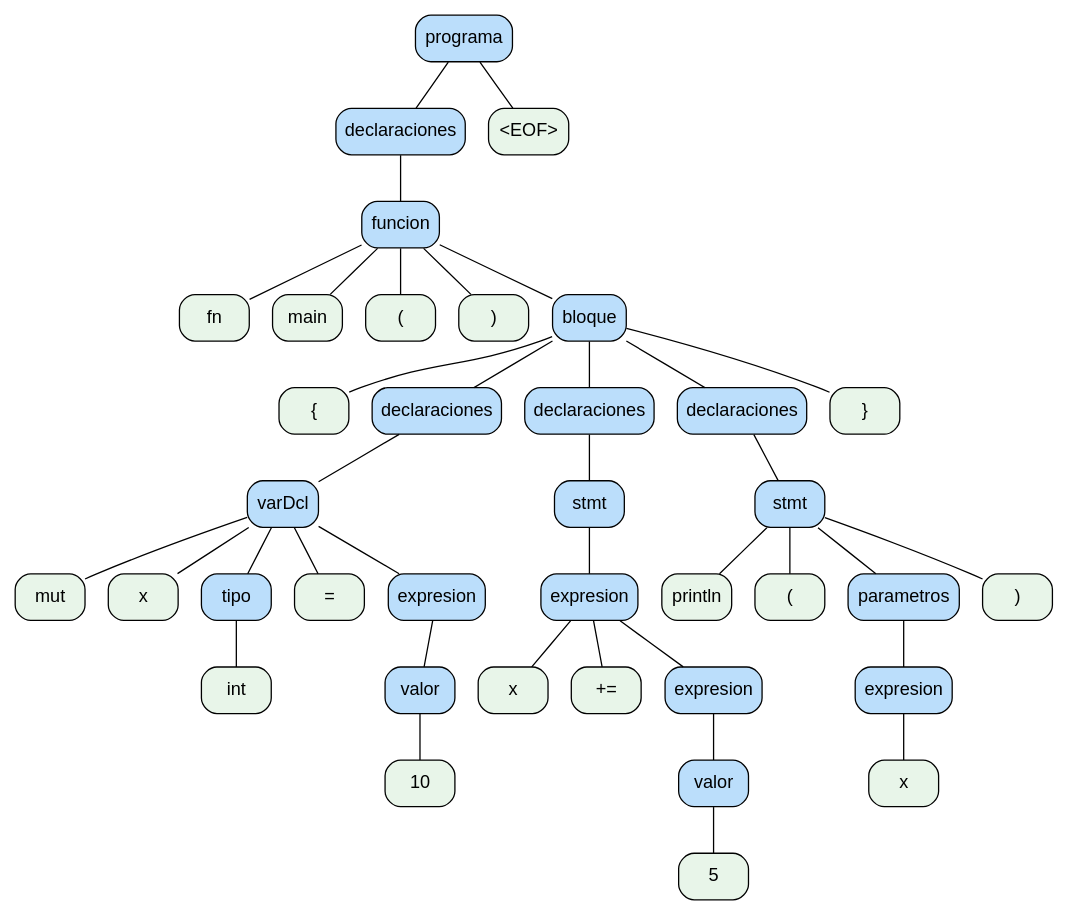
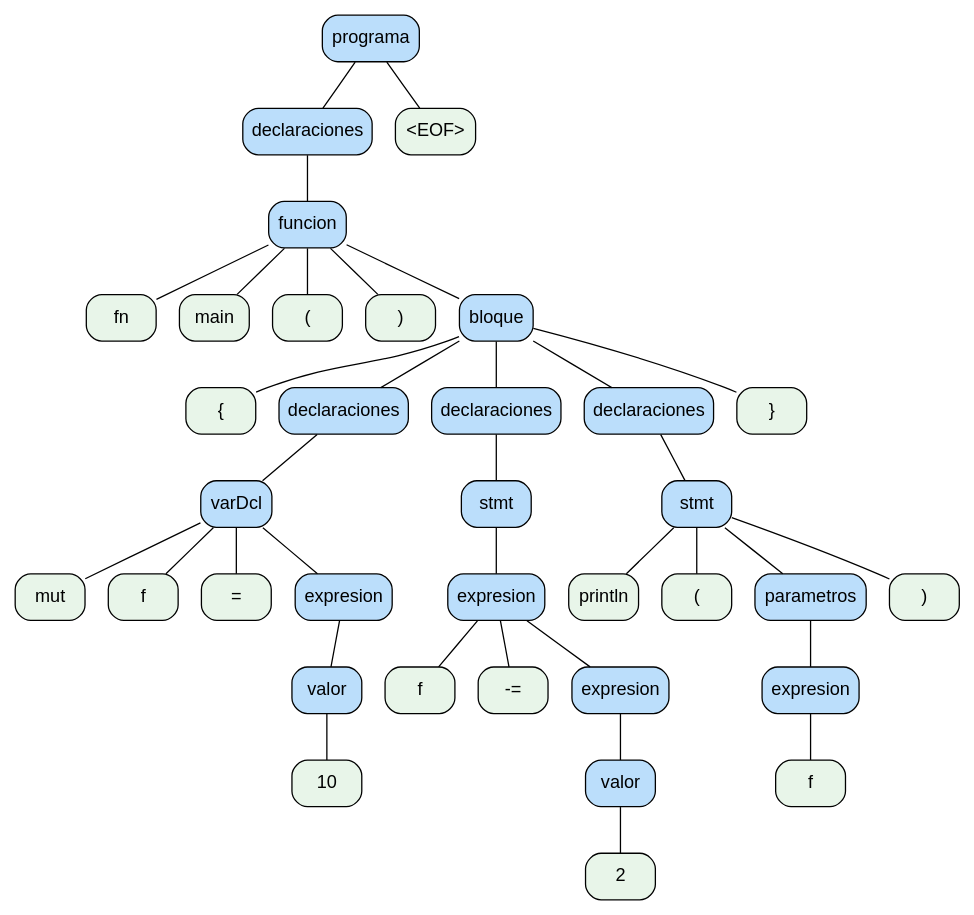
One commit to YairCarrito45/-OLC2_Proyecto2_G19 changed the diagram in ast.dot. Above: the diagram before and after it, drawn with Graphviz. The commit also changed 5 other files, not shown here.

```diff
--- a/ast.dot
+++ b/ast.dot
@@ -1,77 +1,73 @@
 digraph G {
   node [shape=box, style="rounded,filled", fontname="Arial"];
   edge [arrowhead=none];
   0 [label="programa", fillcolor="#bbdefb"];
   1 [label="declaraciones", fillcolor="#bbdefb"];
   2 [label="funcion", fillcolor="#bbdefb"];
   3 [label="fn", fillcolor="#e8f5e9"];
   2 -> 3;
   4 [label="main", fillcolor="#e8f5e9"];
   2 -> 4;
   5 [label="(", fillcolor="#e8f5e9"];
   2 -> 5;
   6 [label=")", fillcolor="#e8f5e9"];
   2 -> 6;
   7 [label="bloque", fillcolor="#bbdefb"];
   8 [label="{", fillcolor="#e8f5e9"];
   7 -> 8;
   9 [label="declaraciones", fillcolor="#bbdefb"];
   10 [label="varDcl", fillcolor="#bbdefb"];
   11 [label="mut", fillcolor="#e8f5e9"];
   10 -> 11;
-  12 [label="x", fillcolor="#e8f5e9"];
+  12 [label="f", fillcolor="#e8f5e9"];
   10 -> 12;
-  13 [label="tipo", fillcolor="#bbdefb"];
-  14 [label="int", fillcolor="#e8f5e9"];
-  13 -> 14;
+  13 [label="=", fillcolor="#e8f5e9"];
   10 -> 13;
-  15 [label="=", fillcolor="#e8f5e9"];
-  10 -> 15;
-  16 [label="expresion", fillcolor="#bbdefb"];
-  17 [label="valor", fillcolor="#bbdefb"];
-  18 [label="10", fillcolor="#e8f5e9"];
-  17 -> 18;
-  16 -> 17;
-  10 -> 16;
+  14 [label="expresion", fillcolor="#bbdefb"];
+  15 [label="valor", fillcolor="#bbdefb"];
+  16 [label="10", fillcolor="#e8f5e9"];
+  15 -> 16;
+  14 -> 15;
+  10 -> 14;
   9 -> 10;
   7 -> 9;
-  19 [label="declaraciones", fillcolor="#bbdefb"];
-  20 [label="stmt", fillcolor="#bbdefb"];
-  21 [label="expresion", fillcolor="#bbdefb"];
-  22 [label="x", fillcolor="#e8f5e9"];
-  21 -> 22;
-  23 [label="+=", fillcolor="#e8f5e9"];
-  21 -> 23;
-  24 [label="expresion", fillcolor="#bbdefb"];
-  25 [label="valor", fillcolor="#bbdefb"];
-  26 [label="5", fillcolor="#e8f5e9"];
+  17 [label="declaraciones", fillcolor="#bbdefb"];
+  18 [label="stmt", fillcolor="#bbdefb"];
+  19 [label="expresion", fillcolor="#bbdefb"];
+  20 [label="f", fillcolor="#e8f5e9"];
+  19 -> 20;
+  21 [label="-=", fillcolor="#e8f5e9"];
+  19 -> 21;
+  22 [label="expresion", fillcolor="#bbdefb"];
+  23 [label="valor", fillcolor="#bbdefb"];
+  24 [label="2", fillcolor="#e8f5e9"];
+  23 -> 24;
+  22 -> 23;
+  19 -> 22;
+  18 -> 19;
+  17 -> 18;
+  7 -> 17;
+  25 [label="declaraciones", fillcolor="#bbdefb"];
+  26 [label="stmt", fillcolor="#bbdefb"];
+  27 [label="println", fillcolor="#e8f5e9"];
+  26 -> 27;
+  28 [label="(", fillcolor="#e8f5e9"];
+  26 -> 28;
+  29 [label="parametros", fillcolor="#bbdefb"];
+  30 [label="expresion", fillcolor="#bbdefb"];
+  31 [label="f", fillcolor="#e8f5e9"];
+  30 -> 31;
+  29 -> 30;
+  26 -> 29;
+  32 [label=")", fillcolor="#e8f5e9"];
+  26 -> 32;
   25 -> 26;
-  24 -> 25;
-  21 -> 24;
-  20 -> 21;
-  19 -> 20;
-  7 -> 19;
-  27 [label="declaraciones", fillcolor="#bbdefb"];
-  28 [label="stmt", fillcolor="#bbdefb"];
-  29 [label="println", fillcolor="#e8f5e9"];
-  28 -> 29;
-  30 [label="(", fillcolor="#e8f5e9"];
-  28 -> 30;
-  31 [label="parametros", fillcolor="#bbdefb"];
-  32 [label="expresion", fillcolor="#bbdefb"];
-  33 [label="x", fillcolor="#e8f5e9"];
-  32 -> 33;
-  31 -> 32;
-  28 -> 31;
-  34 [label=")", fillcolor="#e8f5e9"];
-  28 -> 34;
-  27 -> 28;
-  7 -> 27;
-  35 [label="}", fillcolor="#e8f5e9"];
-  7 -> 35;
+  7 -> 25;
+  33 [label="}", fillcolor="#e8f5e9"];
+  7 -> 33;
   2 -> 7;
   1 -> 2;
   0 -> 1;
-  36 [label="<EOF>", fillcolor="#e8f5e9"];
-  0 -> 36;
+  34 [label="<EOF>", fillcolor="#e8f5e9"];
+  0 -> 34;
 }
```
